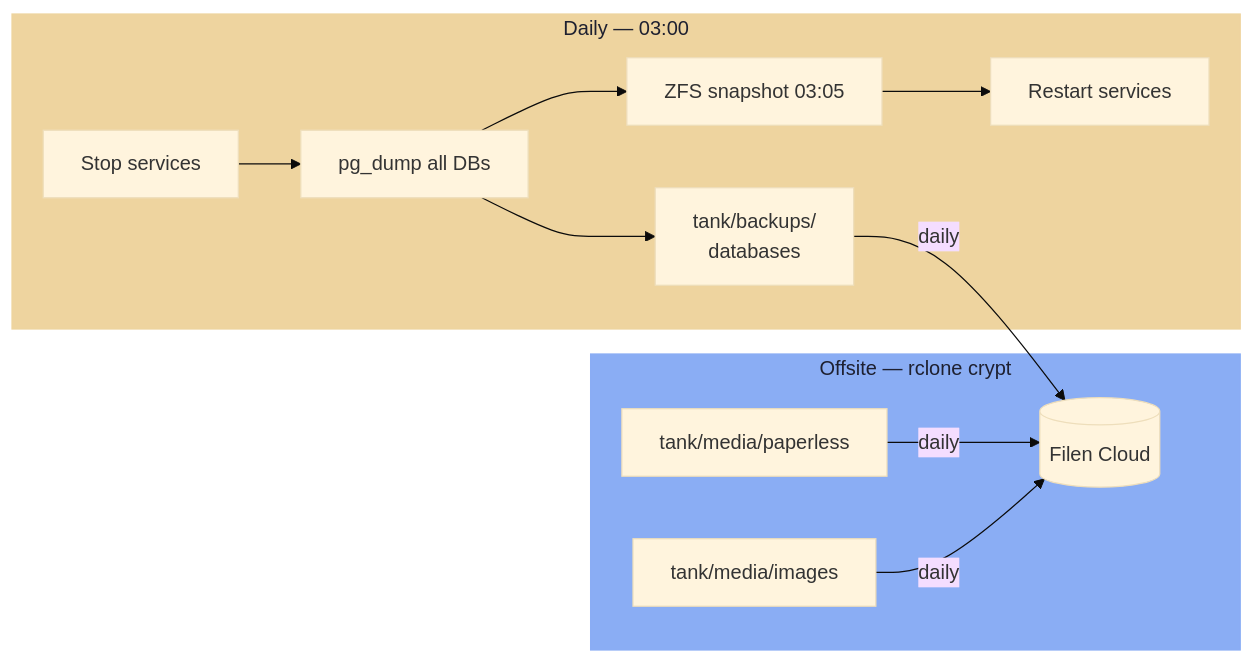
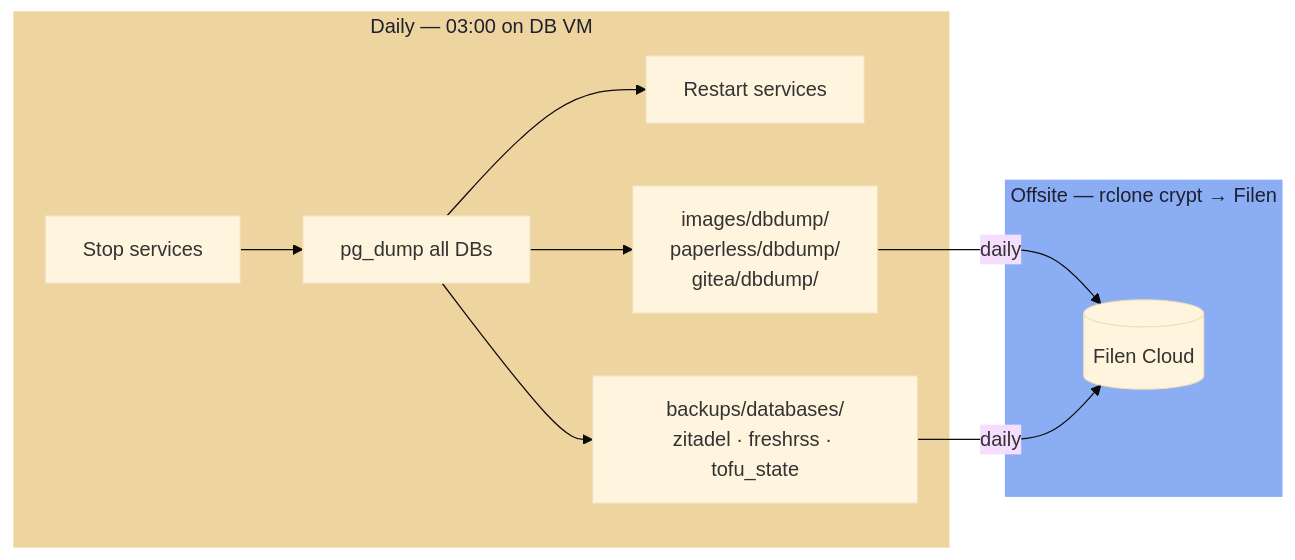
One commit to lucid-void/homelab changed the second of 2 diagrams in docs/stack/storage.md. Above: the diagram before and after it, drawn with Mermaid (base theme). The commit also changed other lines of this file and 6 other files, not shown here.

````diff
--- a/docs/stack/storage.md
+++ b/docs/stack/storage.md
@@ -156,16 +133,16 @@
 ```mermaid
 graph LR
-    subgraph Daily["Daily — 03:00"]
-        STOP[Stop services] --> DUMP[pg_dump all DBs] --> SNAP[ZFS snapshot 03:05] --> START[Restart services]
-        DUMP --> DD[tank/backups/<br/>databases]
+    subgraph Daily["Daily — 03:00 on DB VM"]
+        STOP[Stop services] --> DUMP[pg_dump all DBs] --> START[Restart services]
+        DUMP --> DMEDIA[images/dbdump/<br/>paperless/dbdump/<br/>gitea/dbdump/]
+        DUMP --> DD[backups/databases/<br/>zitadel · freshrss · tofu_state]
     end
 
-    subgraph Offsite["Offsite — rclone crypt"]
-        DD -->|daily| FILEN[(Filen Cloud)]
-        MEDIA[tank/media/paperless] -->|daily| FILEN
-        PHOTOS[tank/media/images] -->|daily| FILEN
+    subgraph Offsite["Offsite — rclone crypt → Filen"]
+        DMEDIA -->|daily| FILEN[(Filen Cloud)]
+        DD -->|daily| FILEN
     end
 
     style Daily fill:#eed49f,stroke:#eed49f,color:#1e2030
     style Offsite fill:#8aadf4,stroke:#8aadf4,color:#1e2030
 ```
````
